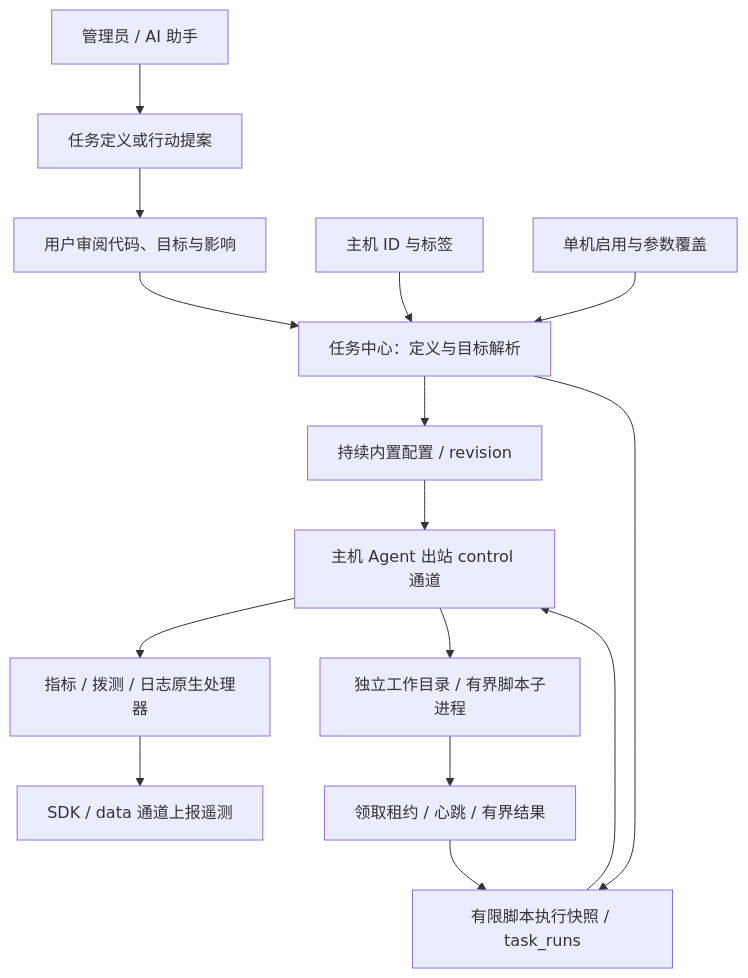
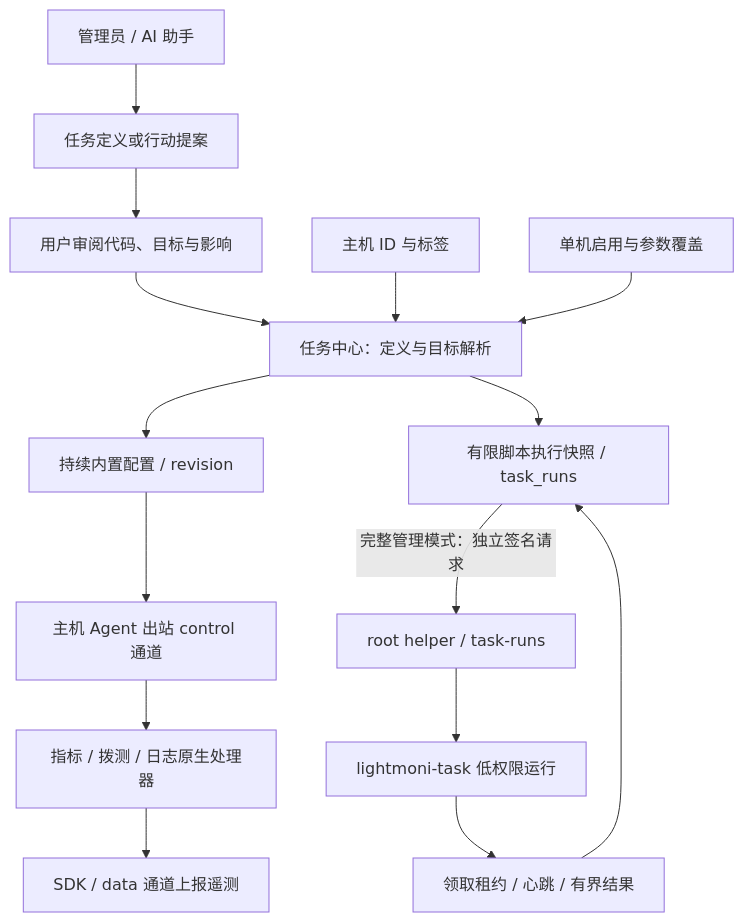
Before and after one commit to workhold/lightmoni: diagram 17 of 42 in docs/system-design.md, drawn with Mermaid. The commit also changed other lines of this file and 109 other files, not shown here.

````diff
--- a/docs/system-design.md
+++ b/docs/system-design.md
@@ -1118,17 +1118,17 @@
 ```mermaid
 flowchart TB
   Admin[管理员 / AI 助手] --> Draft[任务定义或行动提案]
   Draft --> Review[用户审阅代码、目标与影响]
   Review --> Center[任务中心：定义与目标解析]
   Labels[主机 ID 与标签] --> Center
   Override[单机启用与参数覆盖] --> Center
   Center --> Native[持续内置配置 / revision]
   Center --> Runs[有限脚本执行快照 / task_runs]
   Native --> Agent[主机 Agent 出站 control 通道]
-  Runs --> Agent
+  Runs -->|完整管理模式：独立签名请求| Helper[root helper / task-runs]
+  Helper --> TaskUser[lightmoni-task 低权限运行]
+  TaskUser --> Receipt[领取租约 / 心跳 / 有界结果]
+  Receipt --> Runs
   Agent --> Handler[指标 / 拨测 / 日志原生处理器]
-  Agent --> Script[独立工作目录 / 有界脚本子进程]
   Handler --> Data[SDK / data 通道上报遥测]
-  Script --> Receipt[领取租约 / 心跳 / 有界结果]
-  Receipt --> Runs
 ```
````
